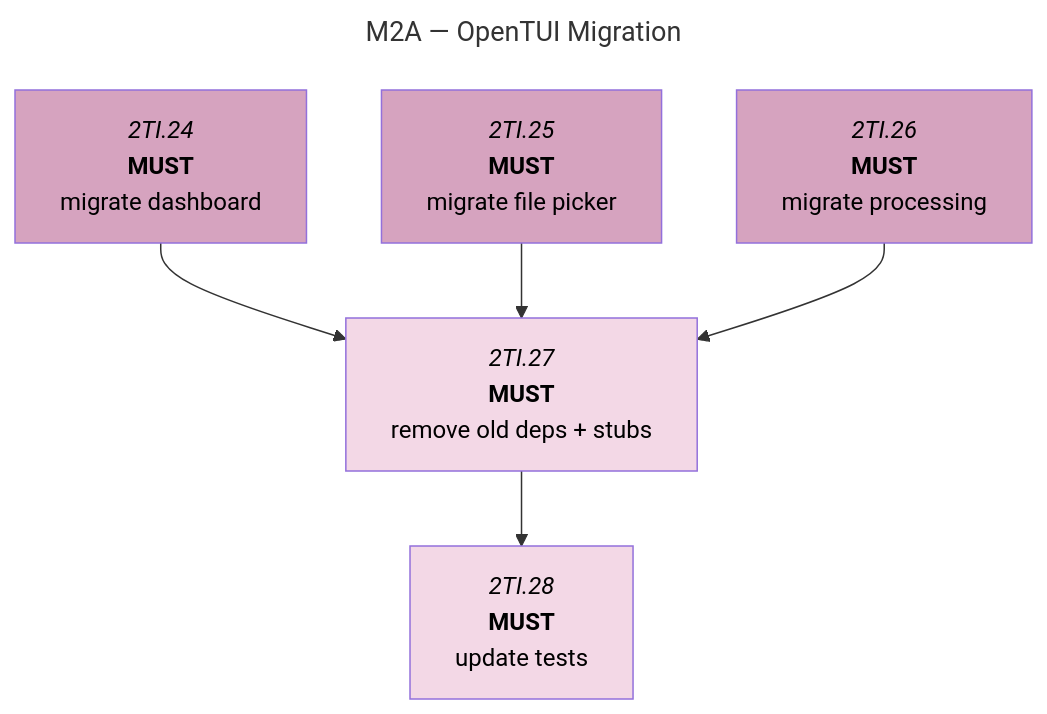
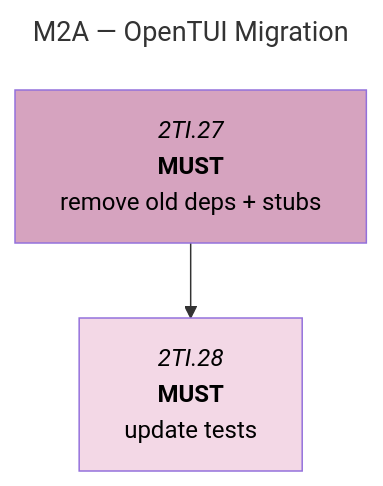
Before and after one commit to foundersandcoders/iris: the second of 6 diagrams in docs/roadmaps/phase-1-mvp-features.md, drawn with Mermaid. The commit also changed other lines of this file and 7 other files, not shown here.

Commit message:
docs: add brand and update roadmap

````diff
--- a/docs/roadmaps/phase-1-mvp-features.md
+++ b/docs/roadmaps/phase-1-mvp-features.md
@@ -144,25 +144,21 @@
 ```mermaid
 ---
 title: M2A — OpenTUI Migration
 ---
 graph TD
 
 %% Phase 1: Foundation — COMPLETE %%
-
-%% Phase 2: Screen Migration %%
-2TI.24["`*2TI.24*<br/>**MUST**<br/>migrate dashboard`"]:::must-open --> 2TI.27
-2TI.25["`*2TI.25*<br/>**MUST**<br/>migrate file picker`"]:::must-open --> 2TI.27
-2TI.26["`*2TI.26*<br/>**MUST**<br/>migrate processing`"]:::must-open --> 2TI.27
+%% Phase 2: Screen Migration — COMPLETE %%
 
 %% Phase 3: Cleanup %%
-2TI.27["`*2TI.27*<br/>**MUST**<br/>remove old deps + stubs`"]:::must-blocked --> 2TI.28
+2TI.27["`*2TI.27*<br/>**MUST**<br/>remove old deps + stubs`"]:::must-open --> 2TI.28
 2TI.28["`*2TI.28*<br/>**MUST**<br/>update tests`"]:::must-blocked
 
 classDef must-open fill:#D6A3BF,color:#000;
 classDef must-blocked fill:#F3D8E6,color:#000;
 classDef should-open fill:#6F2A52,color:#fff;
 classDef should-blocked fill:#A45A84,color:#fff;
 classDef could-open fill:#3E7F96,color:#fff;
 classDef could-blocked fill:#5FA3BA,color:#fff;
 classDef mile fill:#E8EFF6,color:#000;
 ```
````
